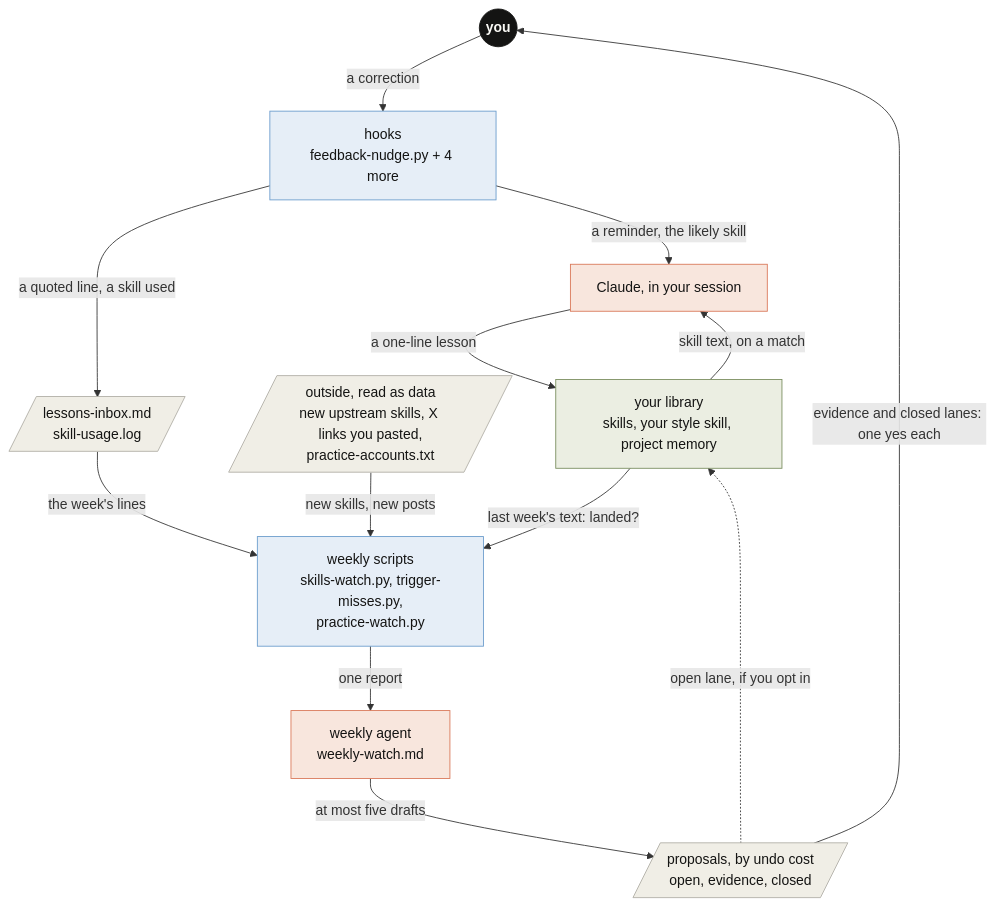
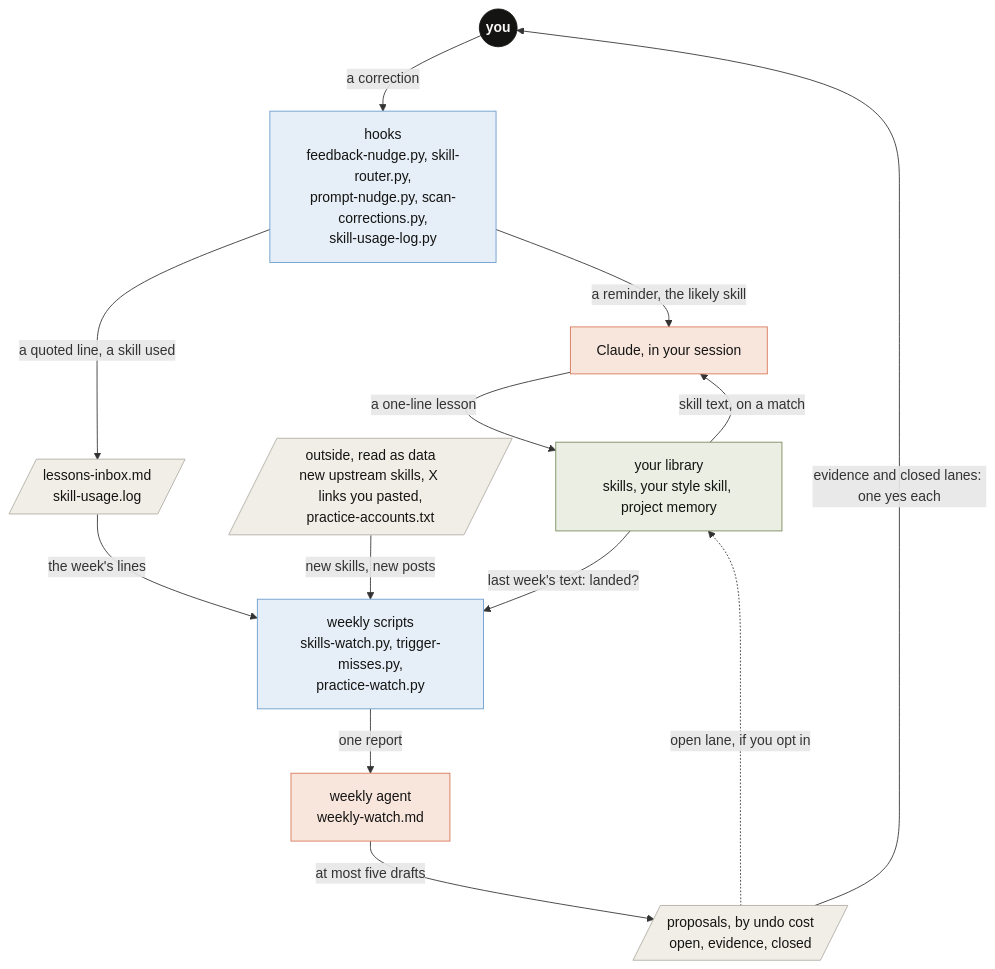
One commit to kat-titter/claude-code-learns changed the diagram in AGENTS.md. Above: the diagram before and after it, drawn with Mermaid. The commit also changed 5 other files, not shown here.

````diff
--- a/AGENTS.md
+++ b/AGENTS.md
@@ -13,34 +13,34 @@
 ```mermaid
 flowchart TB
   you(("you"))
-  hooks["hooks<br/>feedback-nudge.py + 4 more"]
+  hooks["hooks<br/>feedback-nudge.py, skill-router.py,<br/>prompt-nudge.py, scan-corrections.py,<br/>skill-usage-log.py"]
   claude["Claude, in your session"]
   logs[/"lessons-inbox.md<br/>skill-usage.log"/]
   lib["your library<br/>skills, your style skill, project memory"]
   scripts["weekly scripts<br/>skills-watch.py, trigger-misses.py,<br/>practice-watch.py"]
   outside[/"outside, read as data<br/>new upstream skills, X links you pasted,<br/>practice-accounts.txt"/]
   agent["weekly agent<br/>weekly-watch.md"]
   props[/"proposals, by undo cost<br/>open, evidence, closed"/]
   you -->|"a correction"| hooks
   hooks -->|"a reminder, the likely skill"| claude
   claude -->|"a one-line lesson"| lib
   lib -->|"skill text, on a match"| claude
   hooks -->|"a quoted line, a skill used"| logs
   logs -->|"the week's lines"| scripts
   outside -->|"new skills, new posts"| scripts
   lib -->|"last week's text: landed?"| scripts
   scripts -->|"one report"| agent
   agent -->|"at most five drafts"| props
   props -.->|"open lane, if you opt in"| lib
   props -->|"evidence and closed lanes: one yes each"| you
   classDef person fill:#141413,stroke:#141413,color:#faf9f5,font-weight:bold
   classDef code fill:#e6eef7,stroke:#6a9bcc,color:#141413
   classDef claude fill:#f8e6dd,stroke:#d97757,color:#141413
   classDef keep fill:#ebeee2,stroke:#788c5d,color:#141413
   classDef file fill:#f0eee6,stroke:#b0aea5,color:#141413
   class you person
   class hooks,scripts code
   class claude,agent claude
   class lib keep
   class logs,outside,props file
 ```
````
